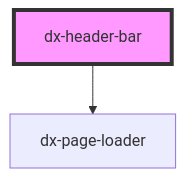
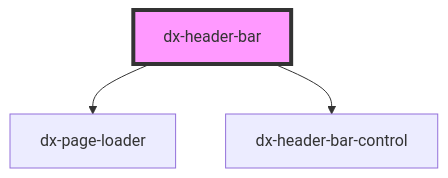
Before and after one commit to DeltaX-Community/DeltaX-UI: the diagram in deltax-ui/src/components/header-bar/readme.md, drawn with Mermaid. The commit also changed other lines of this file and 50 other files, not shown here.

````diff
--- a/deltax-ui/src/components/header-bar/readme.md
+++ b/deltax-ui/src/components/header-bar/readme.md
@@ -22,5 +23,6 @@
 ```mermaid
 graph TD;
   dx-header-bar --> dx-page-loader
+  dx-header-bar --> dx-header-bar-control
   style dx-header-bar fill:#f9f,stroke:#333,stroke-width:4px
 ```
````
